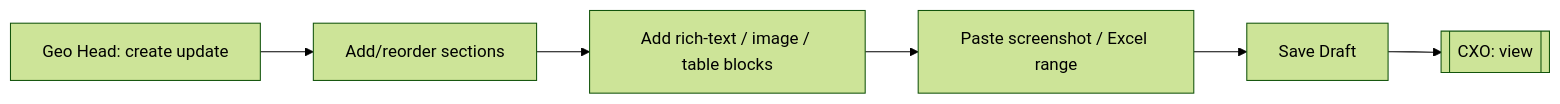
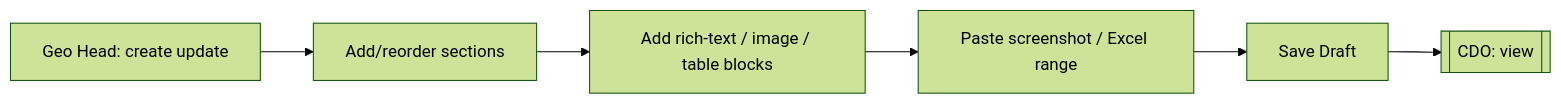
Before and after one commit to gharibct/BCTProjectGovernance: the seventh of 10 diagrams in product-brain/02_end_to_end_business_processes.md, drawn with Mermaid (forest theme). The commit also changed other lines of this file and 198 other files, not shown here.

````diff
--- a/product-brain/02_end_to_end_business_processes.md
+++ b/product-brain/02_end_to_end_business_processes.md
@@ -404,8 +404,8 @@
 ```mermaid
 flowchart LR
     C[Geo Head: create update] --> S[Add/reorder sections]
     S --> B[Add rich-text / image / table blocks]
     B --> PST[Paste screenshot / Excel range]
     PST --> SV[Save Draft]
-    SV --> CX[[CXO: view]]
+    SV --> CX[[CDO: view]]
 ```
````
